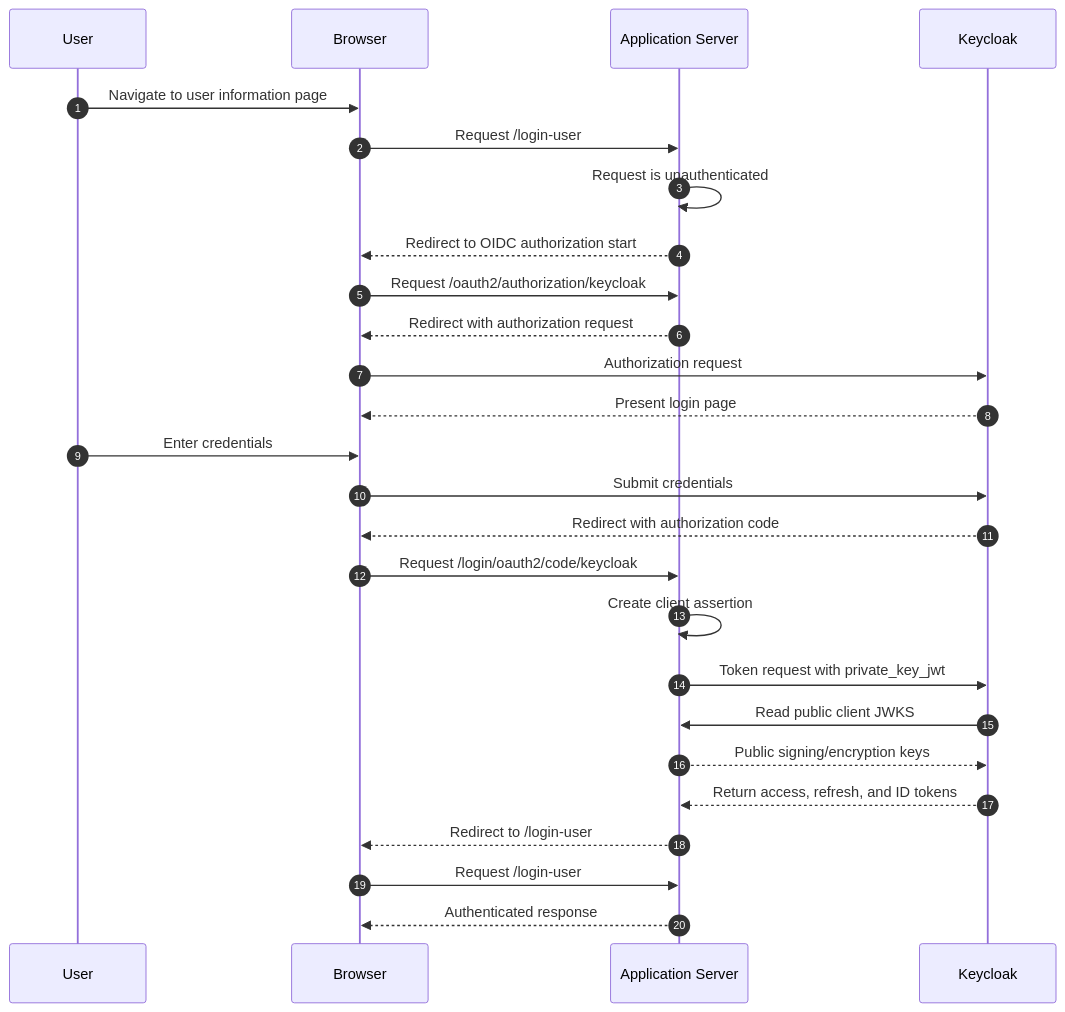
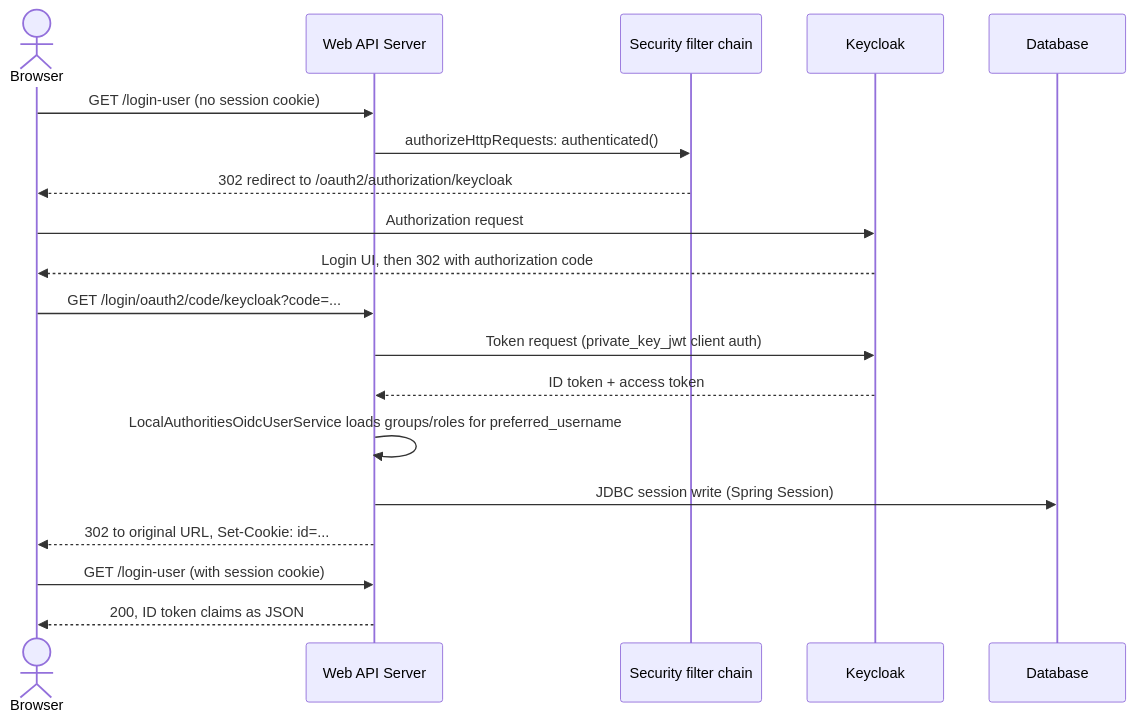
One commit to justin-tay/java-app-web-api-server-template changed the first of 4 diagrams in docs/system-design/06-runtime-view.md. Above: the diagram before and after it, drawn with Mermaid. The commit also changed other lines of this file and 18 other files, not shown here.

````diff
--- a/docs/system-design/06-runtime-view.md
+++ b/docs/system-design/06-runtime-view.md
@@ -20,30 +10,22 @@
 ```mermaid
 sequenceDiagram
-    autonumber
+    actor Browser
+    participant App as Web API Server
+    participant Sec as Security filter chain
+    participant KC as Keycloak
+    participant DB as Database
 
-    participant User
-    participant Browser
-    participant Application Server
-    participant Keycloak
-
-    User->>Browser: Navigate to user information page
-    Browser->>Application Server: Request /login-user
-    Application Server->>Application Server: Request is unauthenticated
-    Application Server-->>Browser: Redirect to OIDC authorization start
-    Browser->>Application Server: Request /oauth2/authorization/keycloak
-    Application Server-->>Browser: Redirect with authorization request
-    Browser->>Keycloak: Authorization request
-    Keycloak-->>Browser: Present login page
-    User->>Browser: Enter credentials
-    Browser->>Keycloak: Submit credentials
-    Keycloak-->>Browser: Redirect with authorization code
-    Browser->>Application Server: Request /login/oauth2/code/keycloak
-    Application Server->>Application Server: Create client assertion
-    Application Server->>Keycloak: Token request with private_key_jwt
-    Keycloak->>Application Server: Read public client JWKS
-    Application Server-->>Keycloak: Public signing/encryption keys
-    Keycloak-->>Application Server: Return access, refresh, and ID tokens
-    Application Server-->>Browser: Redirect to /login-user
-    Browser->>Application Server: Request /login-user
-    Application Server-->>Browser: Authenticated response
+    Browser->>App: GET /login-user (no session cookie)
+    App->>Sec: authorizeHttpRequests: authenticated()
+    Sec-->>Browser: 302 redirect to /oauth2/authorization/keycloak
+    Browser->>KC: Authorization request
+    KC-->>Browser: Login UI, then 302 with authorization code
+    Browser->>App: GET /login/oauth2/code/keycloak?code=...
+    App->>KC: Token request (private_key_jwt client auth)
+    KC-->>App: ID token + access token
+    App->>App: LocalAuthoritiesOidcUserService loads groups/roles for preferred_username
+    App->>DB: JDBC session write (Spring Session)
+    App-->>Browser: 302 to original URL, Set-Cookie: id=...
+    Browser->>App: GET /login-user (with session cookie)
+    App-->>Browser: 200, ID token claims as JSON
 ```
````
